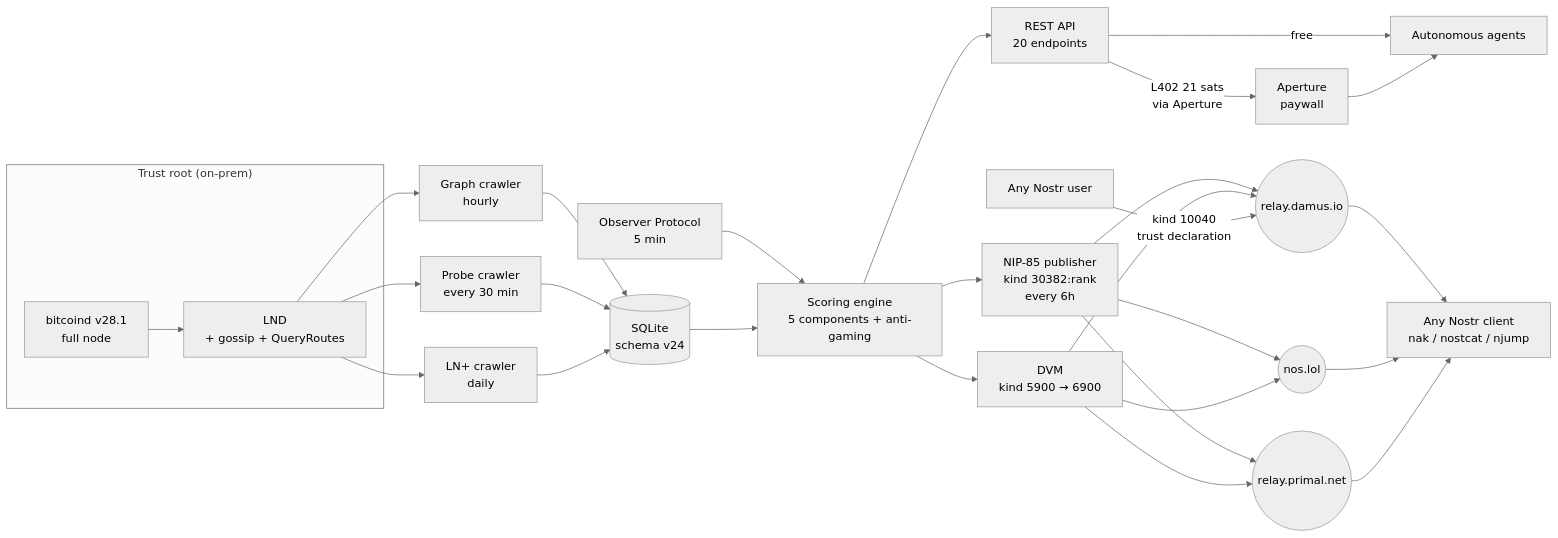
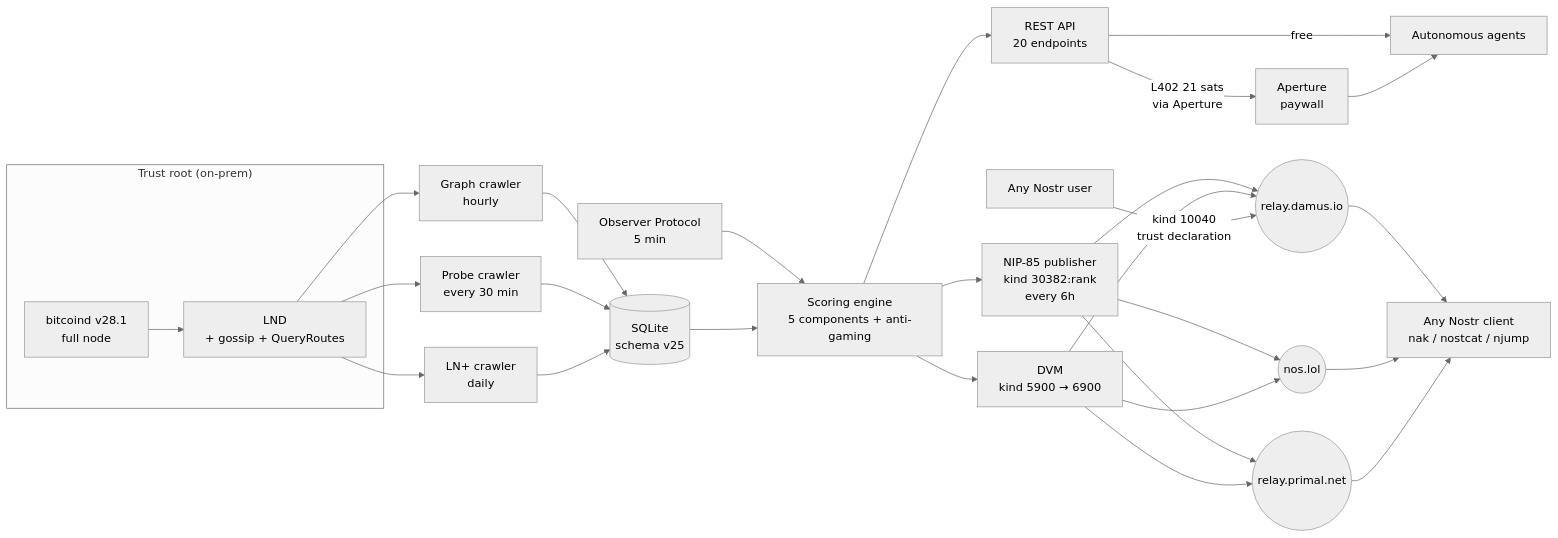
The diagram in README.md (proofoftrust21/satrank), drawn with Mermaid (neutral theme) before and after one commit. The commit also changed other lines of this file and 4 other files, not shown here.

````diff
--- a/README.md
+++ b/README.md
@@ -97,38 +97,38 @@
 ```mermaid
 flowchart LR
   subgraph Trust_Root["Trust root (on-prem)"]
     BTC[bitcoind v28.1<br/>full node]
     LND[LND<br/>+ gossip + QueryRoutes]
   end
 
   BTC --> LND
   LND --> GC[Graph crawler<br/>hourly]
   LND --> PC[Probe crawler<br/>every 30 min]
   LND --> LP[LN+ crawler<br/>daily]
   OBS[Observer Protocol<br/>5 min] --> SE
 
-  GC --> DB[(SQLite<br/>schema v24)]
+  GC --> DB[(SQLite<br/>schema v25)]
   PC --> DB
   LP --> DB
 
   DB --> SE[Scoring engine<br/>5 components + anti-gaming]
   SE --> API[REST API<br/>20 endpoints]
   SE --> NP[NIP-85 publisher<br/>kind 30382:rank<br/>every 6h]
   SE --> DVM[DVM<br/>kind 5900 → 6900]
 
   NP --> R1((relay.damus.io))
   NP --> R2((nos.lol))
   NP --> R3((relay.primal.net))
   DVM --> R1
   DVM --> R2
   DVM --> R3
 
   API -->|free| Agents
   API -->|L402 21 sats<br/>via Aperture| L402[Aperture<br/>paywall]
   L402 --> Agents[Autonomous agents]
   R1 --> Clients[Any Nostr client<br/>nak / nostcat / njump]
   R2 --> Clients
   R3 --> Clients
 
   User[Any Nostr user] -->|kind 10040<br/>trust declaration| R1
 ```
````
